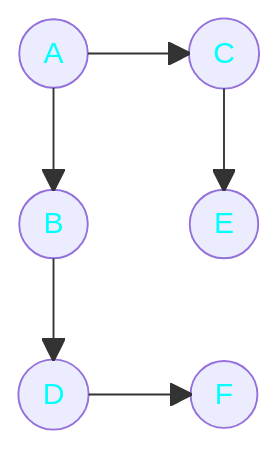
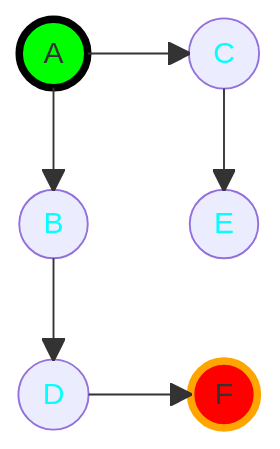
The first of 2 diagrams in Graphs/DFS_BFS/README.md (BradleyGilden/DSA-Practice), drawn with Mermaid before and after one commit. The commit also changed other lines of this file and 3 other files, not shown here.

````diff
--- a/Graphs/DFS_BFS/README.md
+++ b/Graphs/DFS_BFS/README.md
@@ -5,14 +7,17 @@
 ```mermaid
   block-beta
   columns 3
-  A(("<font color='cyan'>&nbsp;&nbsp;A&nbsp;&nbsp;</font>")) space C(("<font color='cyan'>&nbsp;&nbsp;C&nbsp;&nbsp;</font>"))
+  A(("&nbsp;&nbsp;A&nbsp;&nbsp;")) space C(("<font color='cyan'>&nbsp;&nbsp;C&nbsp;&nbsp;</font>"))
   space space space
   B(("<font color='cyan'>&nbsp;&nbsp;B&nbsp;&nbsp;</font>")) space E(("<font color='cyan'>&nbsp;&nbsp;E&nbsp;&nbsp;</font>"))
   space space space
-  D(("<font color='cyan'>&nbsp;&nbsp;D&nbsp;&nbsp;</font>")) space F(("<font color='cyan'>&nbsp;&nbsp;F&nbsp;&nbsp;</font>"))
+  D(("<font color='cyan'>&nbsp;&nbsp;D&nbsp;&nbsp;</font>")) space F(("&nbsp;&nbsp;F&nbsp;&nbsp;"))
   A-->C
   C-->E
   A-->B
   D-->F
   B-->D
+
+  style A fill:lime,stroke:black,stroke-width:4px,color:black
+  style F fill:red,stroke:orange,stroke-width:4px,color:white
 ```
````
